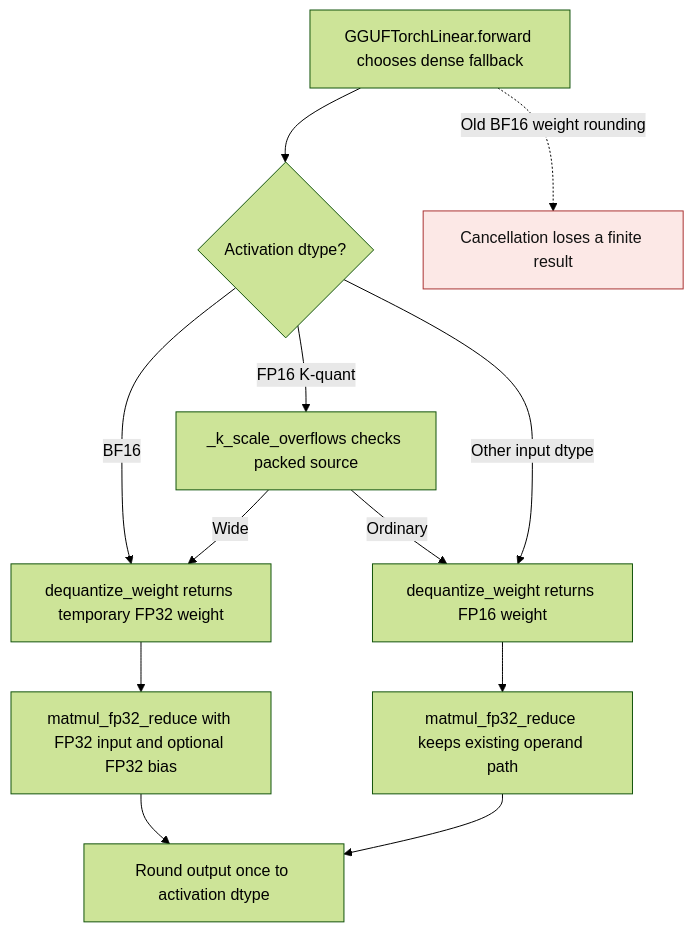
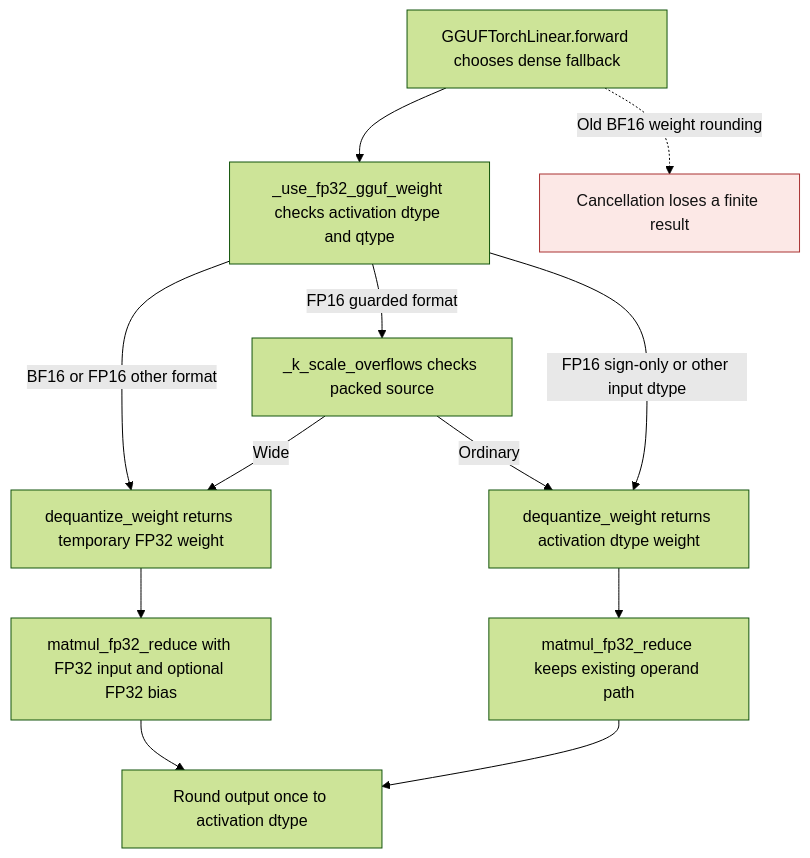
One commit to ModelCloud/GPTQModel changed the diagram in docs/gguf-dense-fallback-precision.md. Above: the diagram before and after it, drawn with Mermaid (forest theme). The commit also changed other lines of this file and 4 other files, not shown here.

Commit message:
Keep other GGUF FP16 CUDA formats wide when range is unknown

````diff
--- a/docs/gguf-dense-fallback-precision.md
+++ b/docs/gguf-dense-fallback-precision.md
@@ -11,16 +13,16 @@
 ```mermaid
 flowchart TD
-    A["GGUFTorchLinear.forward chooses dense fallback"] --> B{"Activation dtype?"}
-    B -- "BF16" --> C["dequantize_weight returns temporary FP32 weight"]
-    B -- "FP16 K-quant" --> D["_k_scale_overflows checks packed source"]
+    A["GGUFTorchLinear.forward chooses dense fallback"] --> B["_use_fp32_gguf_weight checks activation dtype and qtype"]
+    B -- "BF16 or FP16 other format" --> C["dequantize_weight returns temporary FP32 weight"]
+    B -- "FP16 guarded format" --> D["_k_scale_overflows checks packed source"]
     D -- "Wide" --> C
-    D -- "Ordinary" --> E["dequantize_weight returns FP16 weight"]
-    B -- "Other input dtype" --> E
+    D -- "Ordinary" --> E["dequantize_weight returns activation dtype weight"]
+    B -- "FP16 sign-only or other input dtype" --> E
     C --> F["matmul_fp32_reduce with FP32 input and optional FP32 bias"]
     F --> G["Round output once to activation dtype"]
     E --> H["matmul_fp32_reduce keeps existing operand path"]
     H --> G
     A -. "Old BF16 weight rounding" .-> X["Cancellation loses a finite result"]
     classDef failure fill:#fce8e6,stroke:#a33,color:#111
     class X failure
 ```
````
